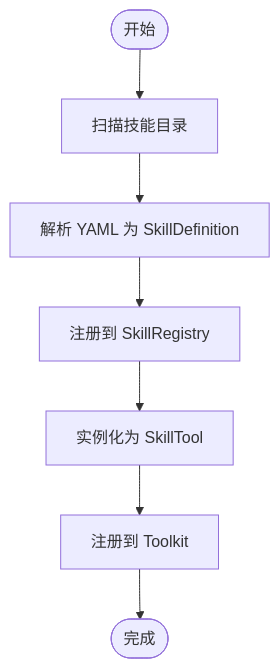
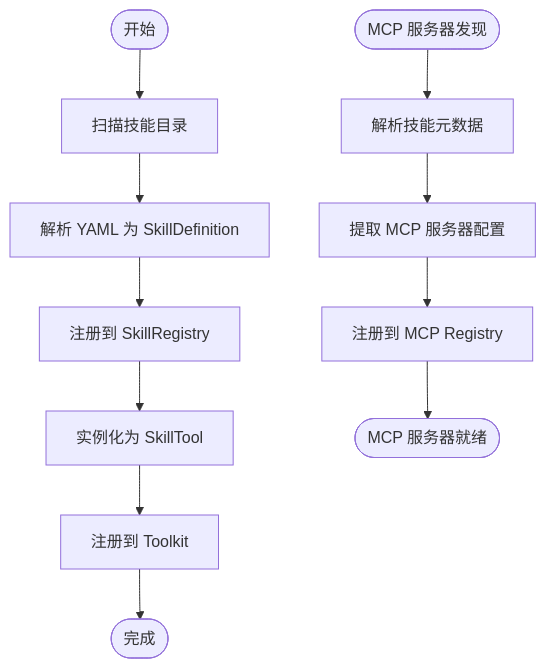
Before and after one commit to ixiejun/macaca: the fifth of 7 diagrams in .qoder/repowiki/zh/content/扩展开发/扩展开发.md, drawn with Mermaid. The commit also changed other lines of this file and 49 other files, not shown here.

````diff
--- a/.qoder/repowiki/zh/content/扩展开发/扩展开发.md
+++ b/.qoder/repowiki/zh/content/扩展开发/扩展开发.md
@@ -245,9 +276,13 @@
 ```mermaid
 flowchart TD
 Start(["开始"]) --> LoadDir["扫描技能目录"]
 LoadDir --> ParseYaml["解析 YAML 为 SkillDefinition"]
 ParseYaml --> Register["注册到 SkillRegistry"]
 Register --> Instantiate["实例化为 SkillTool"]
 Instantiate --> ToolkitReg["注册到 Toolkit"]
 ToolkitReg --> End(["完成"])
+MCPStart(["MCP 服务器发现"]) --> ParseMetadata["解析技能元数据"]
+ParseMetadata --> ExtractServers["提取 MCP 服务器配置"]
+ExtractServers --> RegisterToRegistry["注册到 MCP Registry"]
+RegisterToRegistry --> EndMCP(["MCP 服务器就绪"])
 ```
````
